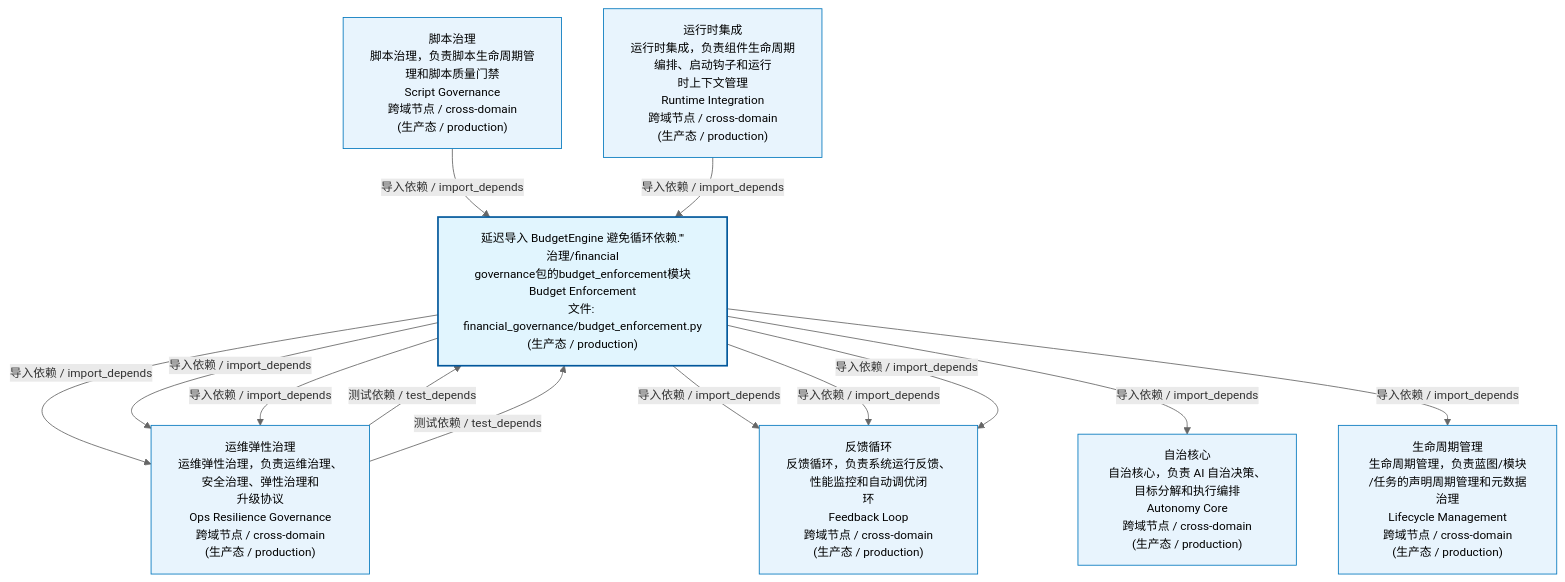
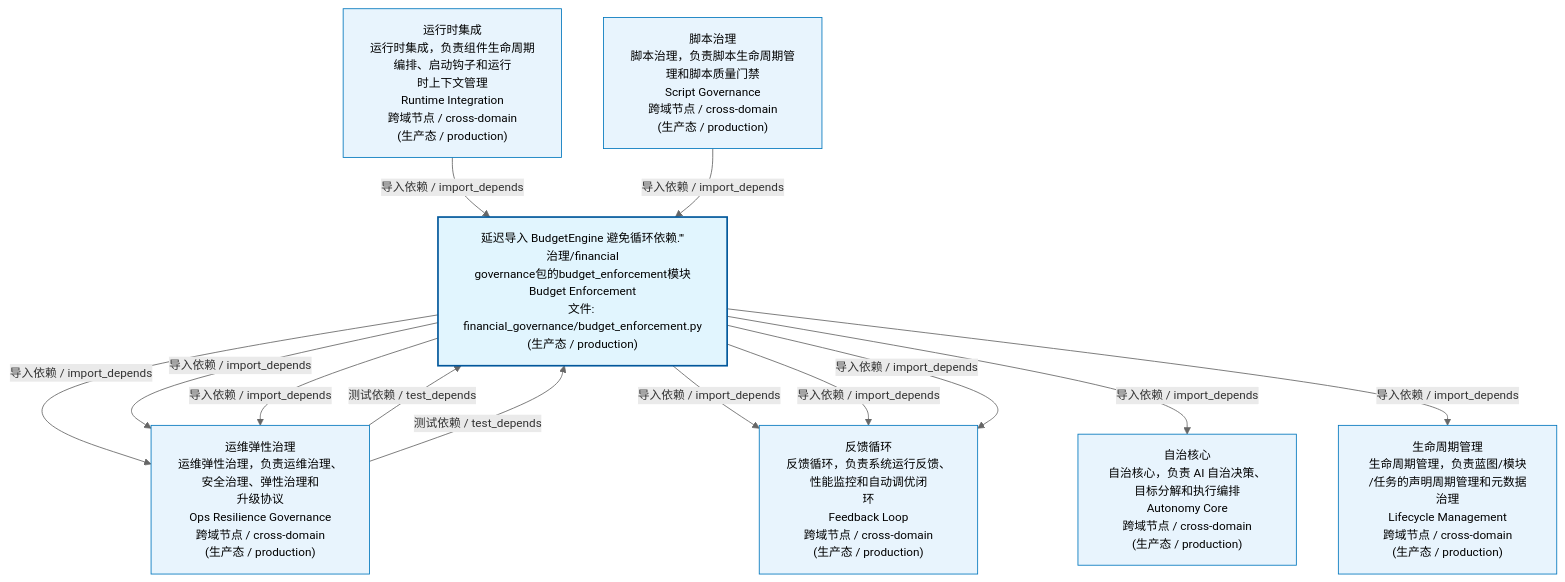
The first of 3 diagrams in docs/02_enterprise_architecture/02_domain_architecture_docs/54_d_gov_repair.md (xuanFelixVan/ZephyrAlpha), drawn with Mermaid before and after one commit. The commit also changed 50 other files, not shown here.

````diff
--- a/docs/02_enterprise_architecture/02_domain_architecture_docs/54_d_gov_repair.md
+++ b/docs/02_enterprise_architecture/02_domain_architecture_docs/54_d_gov_repair.md
@@ -53,29 +53,29 @@
 ```mermaid
 %%{init: {'theme': 'base', 'themeVariables': {'primaryColor': '#eaeaea', 'primaryTextColor': '#333333', 'primaryBorderColor': '#666666', 'lineColor': '#666666', 'secondaryColor': '#eaeaea', 'tertiaryColor': '#eaeaea', 'fontSize': '14px'}}}%%
 flowchart TD
     src_zephyr_governance_financial_governance_budget_enforcement_py["延迟导入 BudgetEngine 避免循环依赖.'''<br/>治理/financial<br/>governance包的budget_enforcement模块<br/>Budget Enforcement<br/>文件: financial_governance/budget_enforcement.py<br/>(生产态 / production)"]
     D_GOV_OPS_RESILIENCE["运维弹性治理<br/>运维弹性治理，负责运维治理、安全治理、弹性治理和<br/>升级协议<br/>Ops Resilience Governance<br/>跨域节点 / cross-domain<br/>(生产态 / production)"]
     src_zephyr_governance_financial_governance_budget_enforcement_py -->|导入依赖 / import_depends| D_GOV_OPS_RESILIENCE
-    src_zephyr_governance_financial_governance_budget_enforcement_py -->|导入依赖 / import_depends| D_GOV_OPS_RESILIENCE
     D_OPS["反馈循环<br/>反馈循环，负责系统运行反馈、性能监控和自动调优闭<br/>环<br/>Feedback Loop<br/>跨域节点 / cross-domain<br/>(生产态 / production)"]
     src_zephyr_governance_financial_governance_budget_enforcement_py -->|导入依赖 / import_depends| D_OPS
+    src_zephyr_governance_financial_governance_budget_enforcement_py -->|导入依赖 / import_depends| D_GOV_OPS_RESILIENCE
     src_zephyr_governance_financial_governance_budget_enforcement_py -->|导入依赖 / import_depends| D_OPS
     src_zephyr_governance_financial_governance_budget_enforcement_py -->|导入依赖 / import_depends| D_GOV_OPS_RESILIENCE
     src_zephyr_governance_financial_governance_budget_enforcement_py -->|导入依赖 / import_depends| D_OPS
     D_AUTONOMY_CORE["自治核心<br/>自治核心，负责 AI 自治决策、目标分解和执行编排<br/>Autonomy Core<br/>跨域节点 / cross-domain<br/>(生产态 / production)"]
     src_zephyr_governance_financial_governance_budget_enforcement_py -->|导入依赖 / import_depends| D_AUTONOMY_CORE
     D_GOVERNANCE["生命周期管理<br/>生命周期管理，负责蓝图/模块<br/>/任务的声明周期管理和元数据治理<br/>Lifecycle Management<br/>跨域节点 / cross-domain<br/>(生产态 / production)"]
     src_zephyr_governance_financial_governance_budget_enforcement_py -->|导入依赖 / import_depends| D_GOVERNANCE
+    D_INFRA_RUNTIME["运行时集成<br/>运行时集成，负责组件生命周期编排、启动钩子和运行<br/>时上下文管理<br/>Runtime Integration<br/>跨域节点 / cross-domain<br/>(生产态 / production)"]
+    D_INFRA_RUNTIME -->|导入依赖 / import_depends| src_zephyr_governance_financial_governance_budget_enforcement_py
     D_GOV_SCRIPTS["脚本治理<br/>脚本治理，负责脚本生命周期管理和脚本质量门禁<br/>Script Governance<br/>跨域节点 / cross-domain<br/>(生产态 / production)"]
     D_GOV_SCRIPTS -->|导入依赖 / import_depends| src_zephyr_governance_financial_governance_budget_enforcement_py
     D_GOV_OPS_RESILIENCE -->|测试依赖 / test_depends| src_zephyr_governance_financial_governance_budget_enforcement_py
-    D_INFRA_RUNTIME["运行时集成<br/>运行时集成，负责组件生命周期编排、启动钩子和运行<br/>时上下文管理<br/>Runtime Integration<br/>跨域节点 / cross-domain<br/>(生产态 / production)"]
-    D_INFRA_RUNTIME -->|导入依赖 / import_depends| src_zephyr_governance_financial_governance_budget_enforcement_py
     D_GOV_OPS_RESILIENCE -->|测试依赖 / test_depends| src_zephyr_governance_financial_governance_budget_enforcement_py
     classDef production fill:#e1f5fe,stroke:#01579b,stroke-width:2px,color:#000
     classDef design fill:#fff3e0,stroke:#e65100,stroke-width:2px,color:#000,stroke-dasharray: 5 5
     classDef external_prod fill:#e8f4fd,stroke:#0277bd,stroke-width:1px,color:#000
     classDef external_design fill:#fff8e7,stroke:#ef6c00,stroke-width:1px,color:#000,stroke-dasharray: 5 5
     class src_zephyr_governance_financial_governance_budget_enforcement_py production
-    class D_GOV_OPS_RESILIENCE,D_OPS,D_AUTONOMY_CORE,D_GOVERNANCE,D_GOV_SCRIPTS,D_INFRA_RUNTIME external_prod
+    class D_GOV_OPS_RESILIENCE,D_OPS,D_AUTONOMY_CORE,D_GOVERNANCE,D_INFRA_RUNTIME,D_GOV_SCRIPTS external_prod
 ```
````
